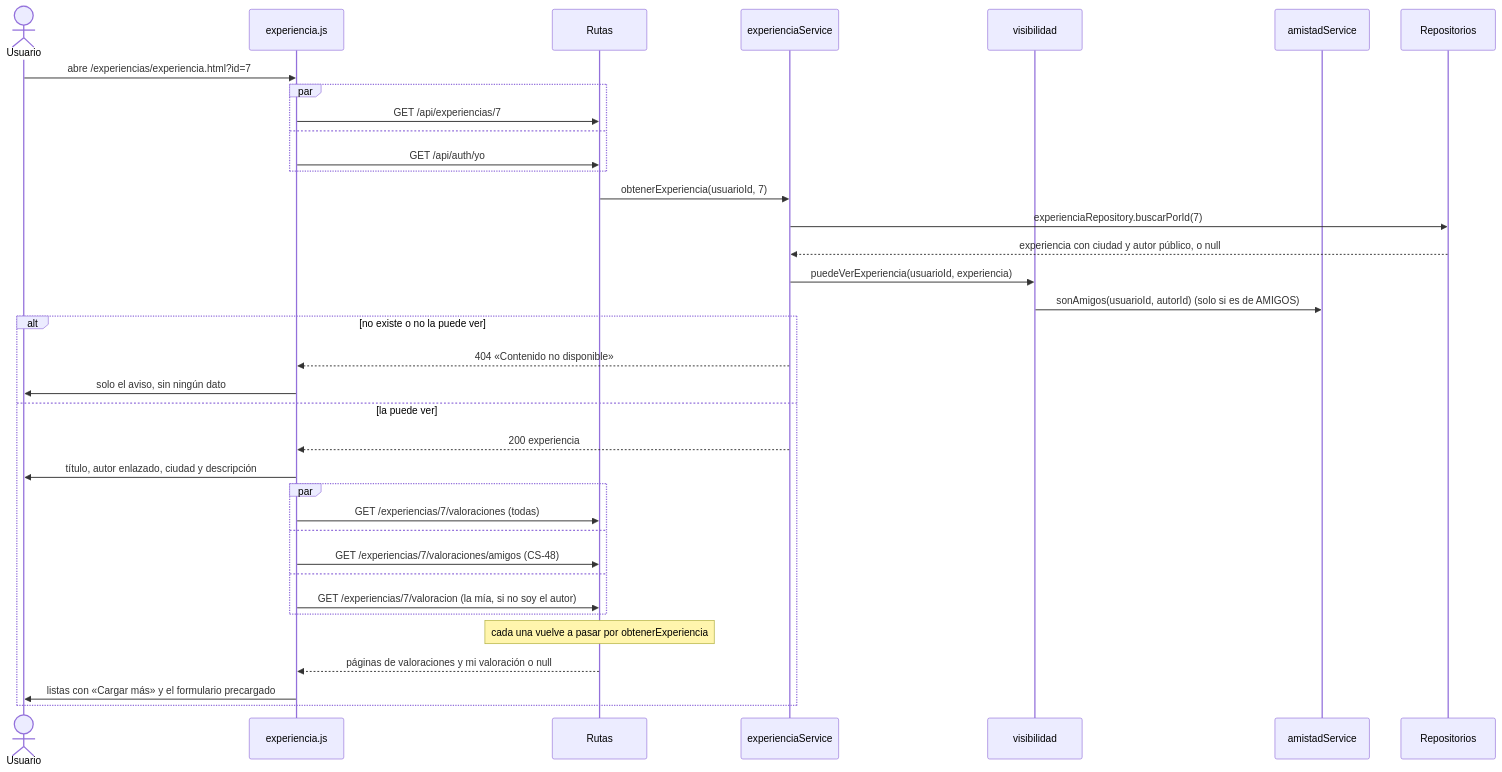
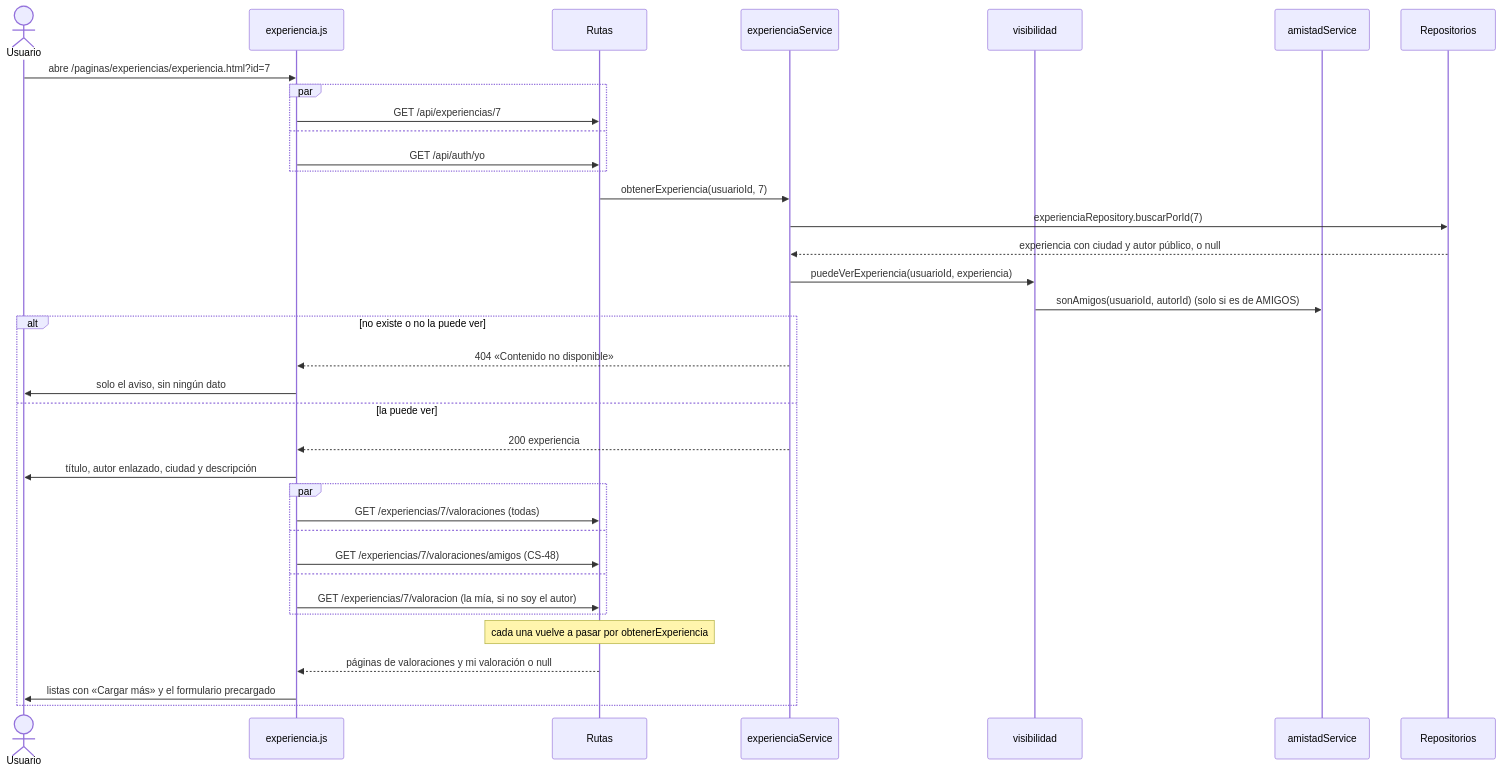
Before and after one commit to Matthew-PV/ISW-Practica: the fifth of 16 diagrams in documentacion/flujos.md, drawn with Mermaid. The commit also changed other lines of this file and 110 other files, not shown here.

````diff
--- a/documentacion/flujos.md
+++ b/documentacion/flujos.md
@@ -198,38 +198,38 @@
 ```mermaid
 sequenceDiagram
   actor U as Usuario
   participant P as experiencia.js
   participant R as Rutas
   participant ES as experienciaService
   participant V as visibilidad
   participant A as amistadService
   participant DB as Repositorios
-  U->>P: abre /experiencias/experiencia.html?id=7
+  U->>P: abre /paginas/experiencias/experiencia.html?id=7
   par
     P->>R: GET /api/experiencias/7
   and
     P->>R: GET /api/auth/yo
   end
   R->>ES: obtenerExperiencia(usuarioId, 7)
   ES->>DB: experienciaRepository.buscarPorId(7)
   DB-->>ES: experiencia con ciudad y autor público, o null
   ES->>V: puedeVerExperiencia(usuarioId, experiencia)
   V->>A: sonAmigos(usuarioId, autorId) (solo si es de AMIGOS)
   alt no existe o no la puede ver
     ES-->>P: 404 «Contenido no disponible»
     P->>U: solo el aviso, sin ningún dato
   else la puede ver
     ES-->>P: 200 experiencia
     P->>U: título, autor enlazado, ciudad y descripción
     par
       P->>R: GET /experiencias/7/valoraciones (todas)
     and
       P->>R: GET /experiencias/7/valoraciones/amigos (CS-48)
     and
       P->>R: GET /experiencias/7/valoracion (la mía, si no soy el autor)
     end
     Note over R: cada una vuelve a pasar por obtenerExperiencia
     R-->>P: páginas de valoraciones y mi valoración o null
     P->>U: listas con «Cargar más» y el formulario precargado
   end
 ```
````
